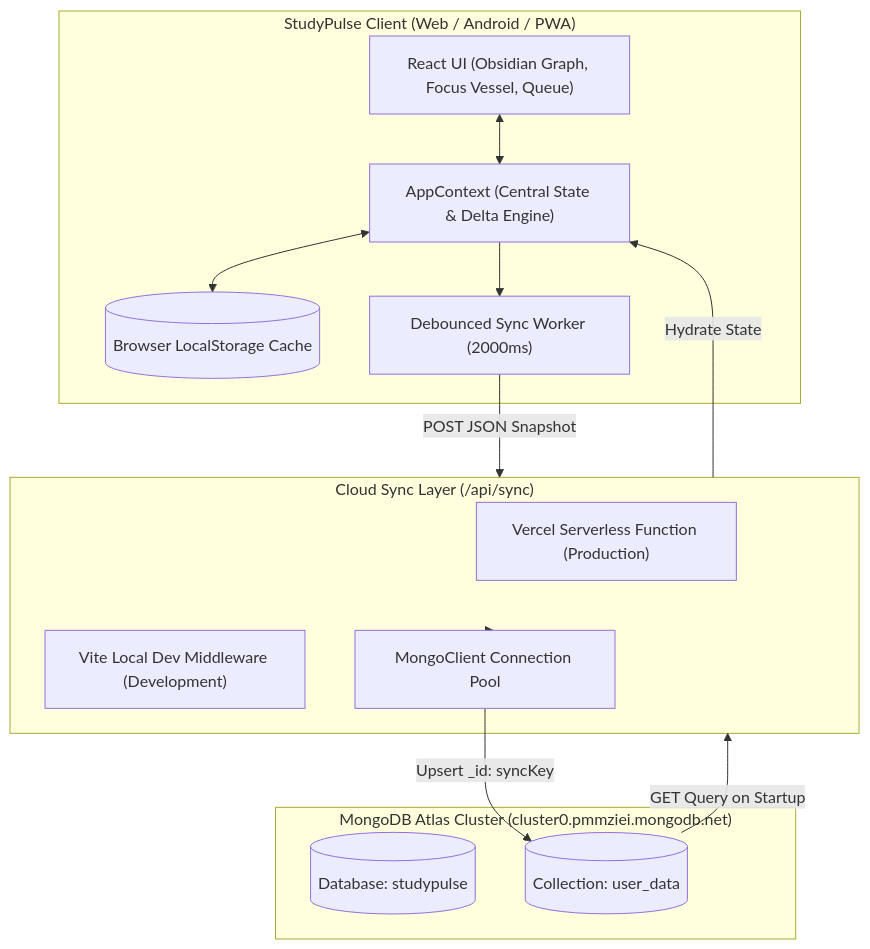
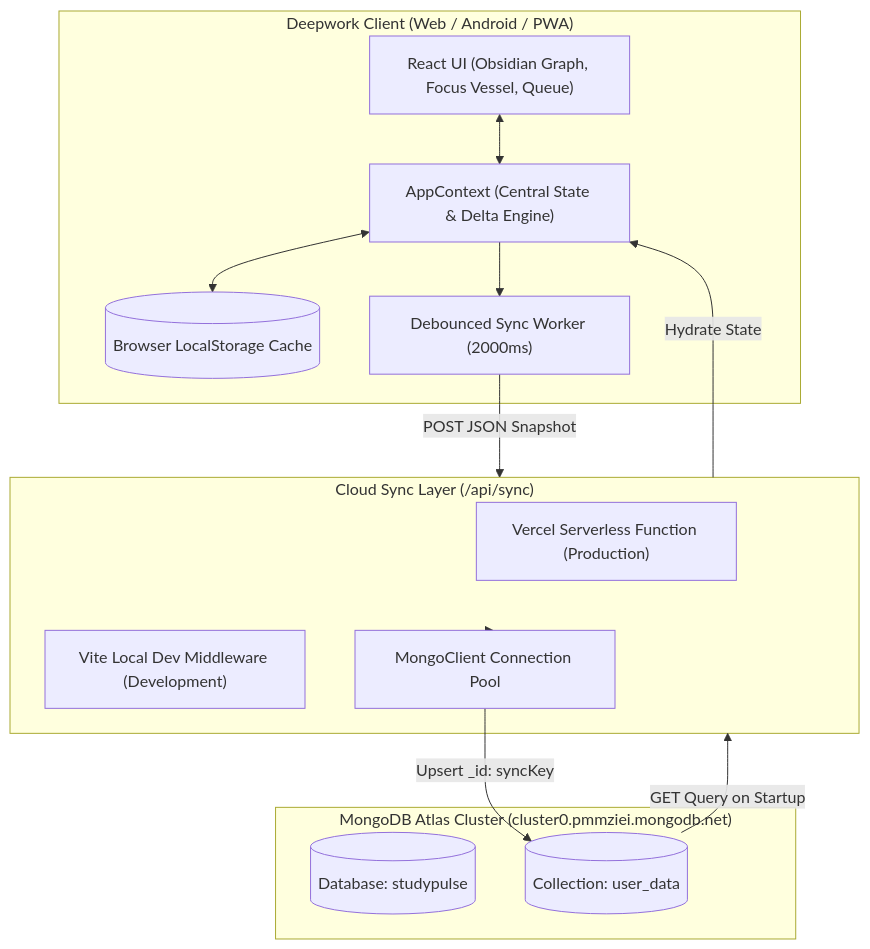
The first of 3 diagrams in docs/SYNC_ARCHITECTURE.md (anishXdev/deepwork), drawn with Mermaid before and after one commit. The commit also changed other lines of this file and 42 other files, not shown here.

````diff
--- a/docs/SYNC_ARCHITECTURE.md
+++ b/docs/SYNC_ARCHITECTURE.md
@@ -11,29 +11,29 @@
 ```mermaid
 flowchart TD
-    subgraph Client["StudyPulse Client (Web / Android / PWA)"]
+    subgraph Client["Deepwork Client (Web / Android / PWA)"]
         UI["React UI (Obsidian Graph, Focus Vessel, Queue)"]
         State["AppContext (Central State & Delta Engine)"]
         LocalCache[("Browser LocalStorage Cache")]
         Debouncer["Debounced Sync Worker (2000ms)"]
     end
 
     subgraph API["Cloud Sync Layer (/api/sync)"]
         VercelHandler["Vercel Serverless Function (Production)"]
         ViteDevMiddleware["Vite Local Dev Middleware (Development)"]
         ConnPool["MongoClient Connection Pool"]
     end
 
     subgraph Database["MongoDB Atlas Cluster (cluster0.pmmziei.mongodb.net)"]
         DB[("Database: studypulse")]
         Collection[("Collection: user_data")]
     end
 
     UI <--> State
     State <--> LocalCache
     State --> Debouncer
     Debouncer -->|POST JSON Snapshot| API
     API --> ConnPool
     ConnPool -->|Upsert _id: syncKey| Collection
     Collection -->|GET Query on Startup| API
     API -->|Hydrate State| State
 ```
````
